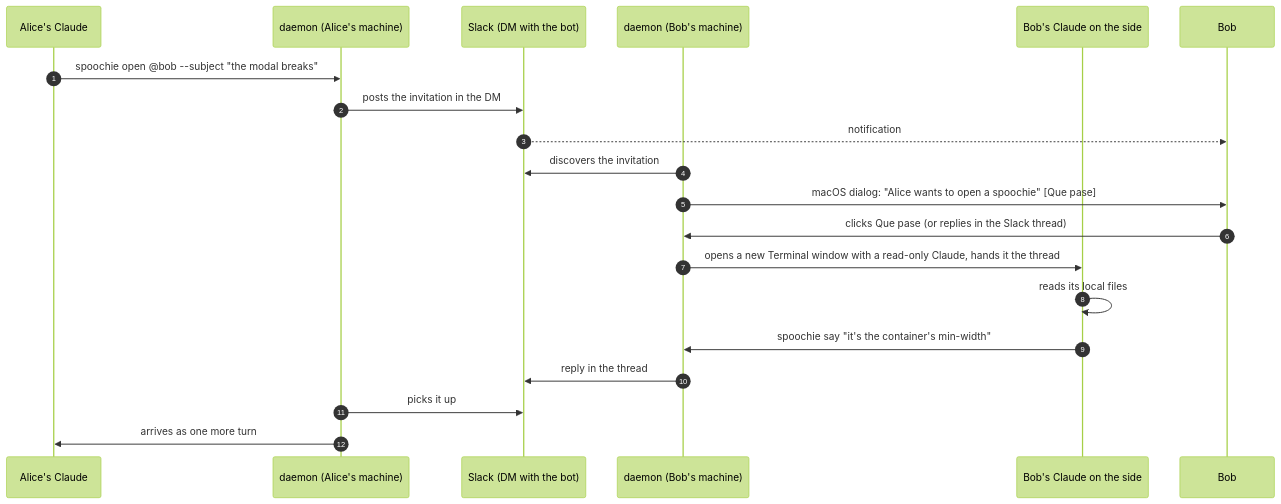
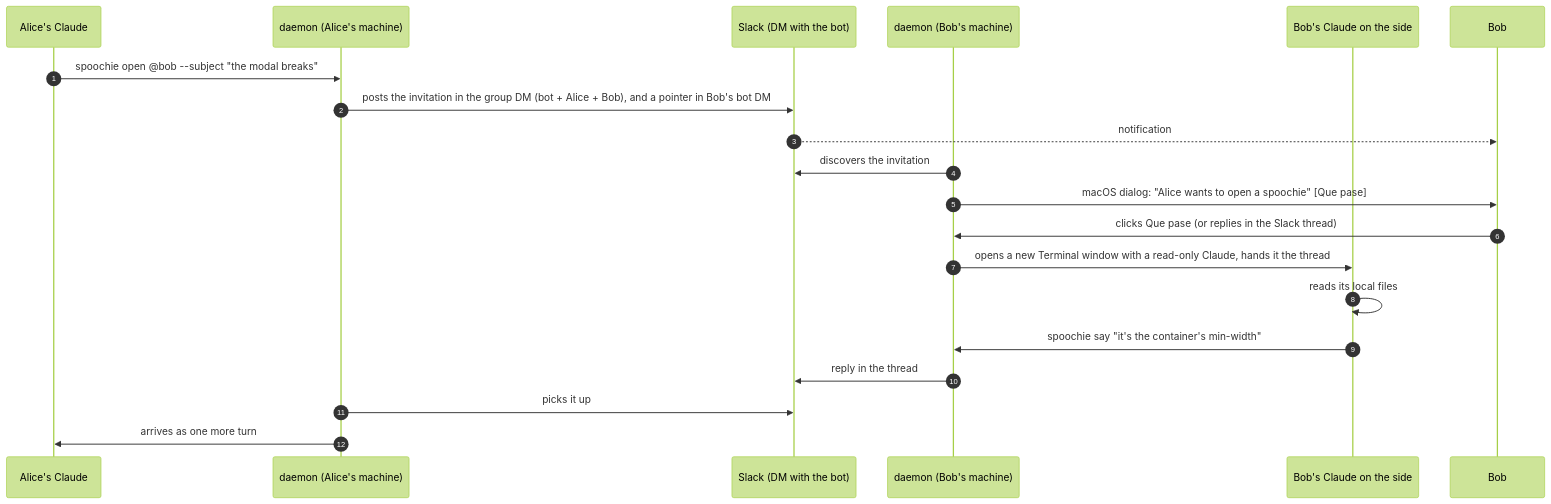
Before and after one commit to edugargar/spochie: the first of 2 diagrams in README.md, drawn with Mermaid (forest theme). The commit also changed other lines of this file and 7 other files, not shown here.

````diff
--- a/README.md
+++ b/README.md
@@ -104,23 +104,23 @@
 ```mermaid
 sequenceDiagram
     autonumber
     participant CA as Alice's Claude
     participant DA as daemon (Alice's machine)
     participant S as Slack (DM with the bot)
     participant DB as daemon (Bob's machine)
     participant CB as Bob's Claude on the side
     participant B as Bob
 
     CA->>DA: spoochie open @bob --subject "the modal breaks"
-    DA->>S: posts the invitation in the DM
+    DA->>S: posts the invitation in the group DM (bot + Alice + Bob), and a pointer in Bob's bot DM
     S-->>B: notification
     DB->>S: discovers the invitation
     DB->>B: macOS dialog: "Alice wants to open a spoochie" [Que pase]
     B->>DB: clicks Que pase (or replies in the Slack thread)
     DB->>CB: opens a new Terminal window with a read-only Claude, hands it the thread
     CB->>CB: reads its local files
     CB->>DB: spoochie say "it's the container's min-width"
     DB->>S: reply in the thread
     DA->>S: picks it up
     DA->>CA: arrives as one more turn
 ```
````
